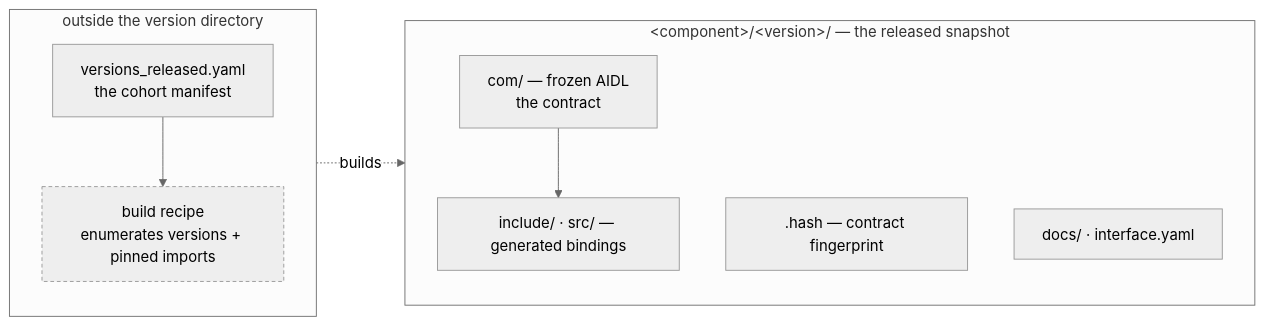
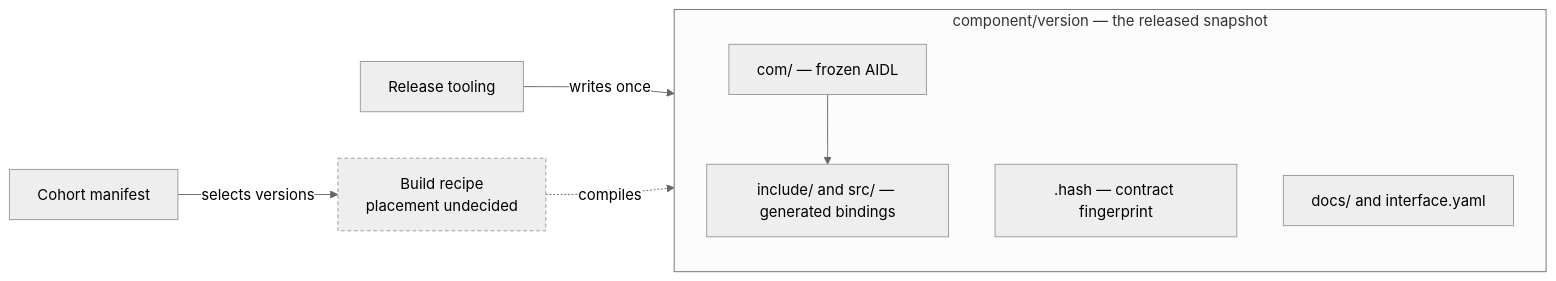
The second of 3 diagrams in docs/architecture/hla-released-snapshot-contents.md (rdkcentral/rdk-halif-aidl), drawn with Mermaid (neutral theme) before and after one commit. The commit also changed other lines of this file and 5 other files, not shown here.

````diff
--- a/docs/architecture/hla-released-snapshot-contents.md
+++ b/docs/architecture/hla-released-snapshot-contents.md
@@ -154,21 +151,20 @@
 ```mermaid
 flowchart LR
-    subgraph SNAP["&lt;component&gt;/&lt;version&gt;/ — the released snapshot"]
+    subgraph SNAP["component/version — the released snapshot"]
         direction TB
-        A["com/ — frozen AIDL<br/>the contract"]
+        A["com/ — frozen AIDL"]
         H[".hash — contract fingerprint"]
-        B["include/ · src/ — generated bindings"]
-        D["docs/ · interface.yaml"]
+        B["include/ and src/ — generated bindings"]
+        D["docs/ and interface.yaml"]
     end
 
-    subgraph OUT["outside the version directory"]
-        direction TB
-        R["build recipe<br/>enumerates versions + pinned imports"]:::open
-        M["versions_released.yaml<br/>the cohort manifest"]
-    end
+    Rel["Release tooling"]
+    M["Cohort manifest"]
+    R["Build recipe<br/>placement undecided"]:::open
 
+    Rel -->|"writes once"| SNAP
     A --> B
-    M --> R
-    R -.->|builds| SNAP
+    M -->|"selects versions"| R
+    R -.->|"compiles"| SNAP
     classDef open stroke-dasharray: 4 3
 ```
````
